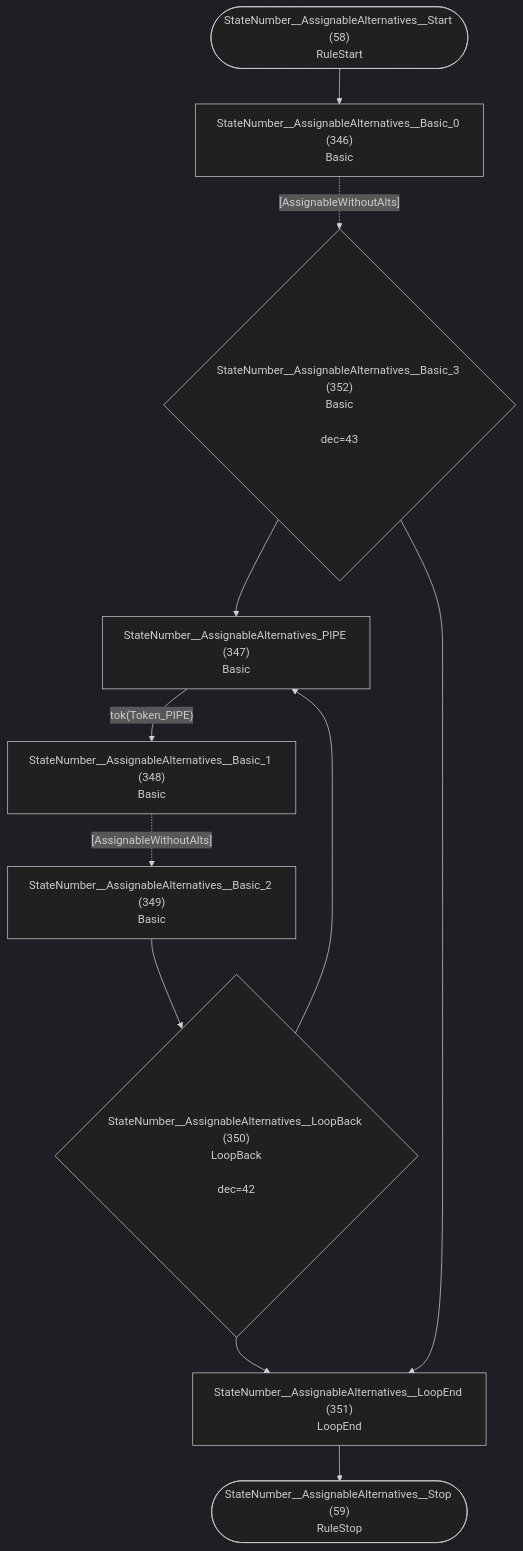
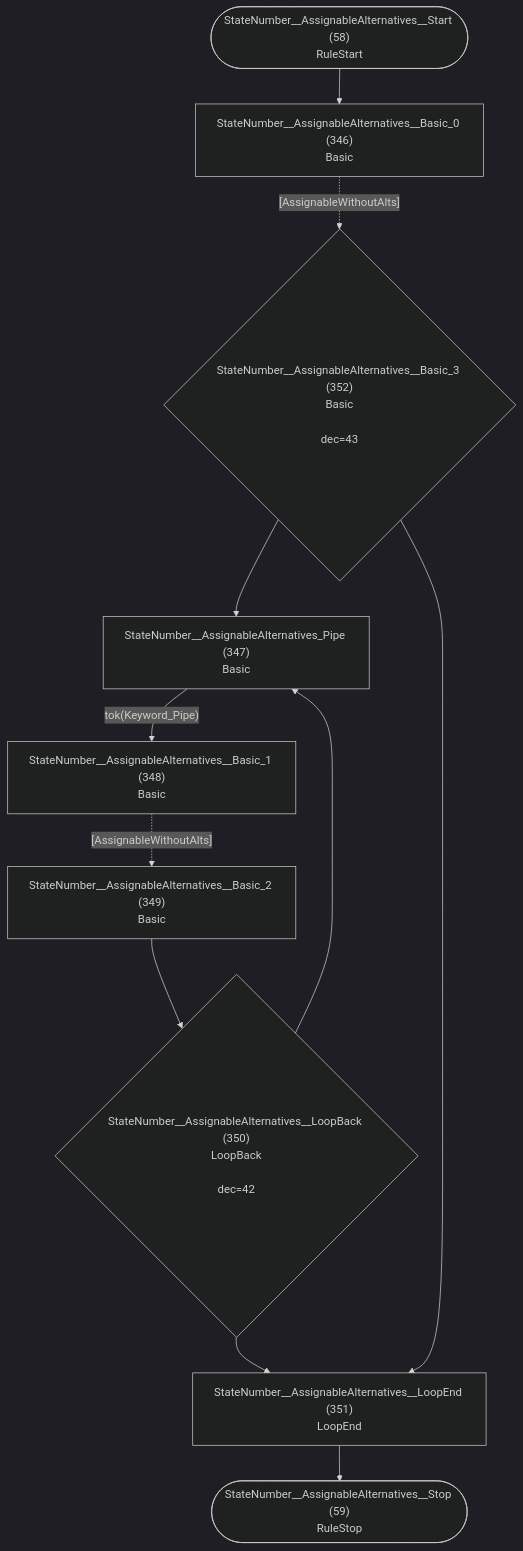
One commit to TypeFox/fastbelt changed diagram 30 of 37 in internal/grammar/atn.md. Above: the diagram before and after it, drawn with Mermaid (dark theme). The commit also changed other lines of this file and 7 other files, not shown here.

````diff
--- a/internal/grammar/atn.md
+++ b/internal/grammar/atn.md
@@ -900,23 +900,23 @@
 ```mermaid
 flowchart TD
     q58(["StateNumber__AssignableAlternatives__Start (58)<br/>RuleStart"])
     q59(["StateNumber__AssignableAlternatives__Stop (59)<br/>RuleStop"])
     q346["StateNumber__AssignableAlternatives__Basic_0 (346)<br/>Basic<br/>"]
-    q347["StateNumber__AssignableAlternatives_PIPE (347)<br/>Basic<br/>"]
+    q347["StateNumber__AssignableAlternatives_Pipe (347)<br/>Basic<br/>"]
     q348["StateNumber__AssignableAlternatives__Basic_1 (348)<br/>Basic<br/>"]
     q349["StateNumber__AssignableAlternatives__Basic_2 (349)<br/>Basic<br/>"]
     q350{"StateNumber__AssignableAlternatives__LoopBack (350)<br/>LoopBack<br/><br/>dec=42"}
     q351["StateNumber__AssignableAlternatives__LoopEnd (351)<br/>LoopEnd<br/>"]
     q352{"StateNumber__AssignableAlternatives__Basic_3 (352)<br/>Basic<br/><br/>dec=43"}
 
     q58 --> q346
     q346 -.->|"[AssignableWithoutAlts]"| q352
-    q347 -->|"tok(Token_PIPE)"| q348
+    q347 -->|"tok(Keyword_Pipe)"| q348
     q348 -.->|"[AssignableWithoutAlts]"| q349
     q349 --> q350
     q350 --> q347
     q350 --> q351
     q351 --> q59
     q352 --> q347
     q352 --> q351
 ```
````
